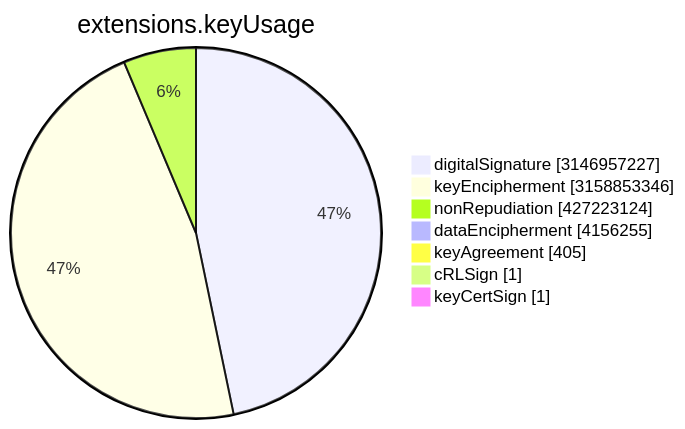
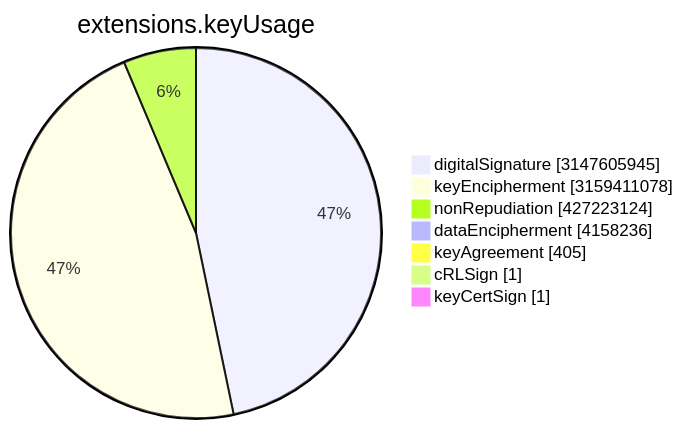
One commit to christiankrug/ctmonitor_visualization changed the sixth of 15 diagrams in TOTAL/README.md. Above: the diagram before and after it, drawn with Mermaid. The commit also changed other lines of this file, not shown here.

````diff
--- a/TOTAL/README.md
+++ b/TOTAL/README.md
@@ -3077,11 +3077,11 @@
 ```mermaid
 pie showData
 title extensions.keyUsage
-"digitalSignature" :3146957227
-"keyEncipherment" :3158853346
+"digitalSignature" :3147605945
+"keyEncipherment" :3159411078
 "nonRepudiation" :427223124
-"dataEncipherment" :4156255
+"dataEncipherment" :4158236
 "keyAgreement" :405
 "cRLSign" :1
 "keyCertSign" :1
 ```
````
